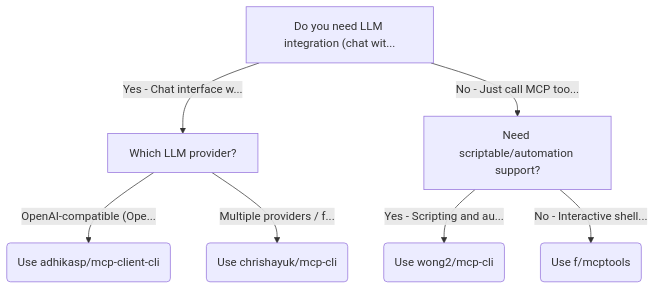
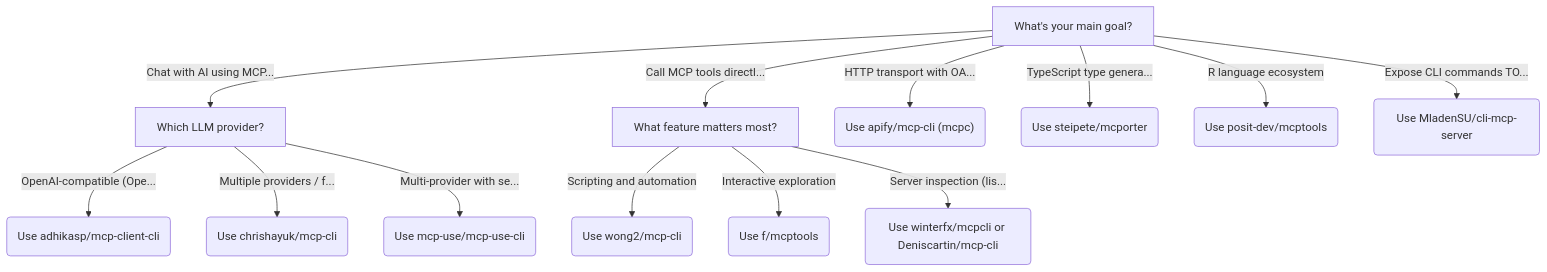
Before and after one commit to kb4ai/mcp-client-tools-comparison-pub-kb: the second of 10 diagrams in comparisons/decision-tree.md, drawn with Mermaid. The commit also changed other lines of this file and 4 other files, not shown here.

````diff
--- a/comparisons/decision-tree.md
+++ b/comparisons/decision-tree.md
@@ -49,18 +57,30 @@
 ```mermaid
 %% Subtree: CLI - Interactive command-line usage
 
 flowchart TD
-    mcp_tool_chooser_0["Do you need LLM integration (chat wit..."]
-    mcp_tool_chooser_0 -->|"Yes - Chat interface w..."| mcp_tool_chooser_0_0
+    mcp_tool_chooser_0["What's your main goal?"]
+    mcp_tool_chooser_0 -->|"Chat with AI using MCP..."| mcp_tool_chooser_0_0
     mcp_tool_chooser_0_0["Which LLM provider?"]
     mcp_tool_chooser_0_0 -->|"OpenAI-compatible (Ope..."| mcp_tool_chooser_0_0_0
     mcp_tool_chooser_0_0_0("Use adhikasp/mcp-client-cli")
     mcp_tool_chooser_0_0 -->|"Multiple providers / f..."| mcp_tool_chooser_0_0_1
     mcp_tool_chooser_0_0_1("Use chrishayuk/mcp-cli")
-    mcp_tool_chooser_0 -->|"No - Just call MCP too..."| mcp_tool_chooser_0_1
-    mcp_tool_chooser_0_1["Need scriptable/automation support?"]
-    mcp_tool_chooser_0_1 -->|"Yes - Scripting and au..."| mcp_tool_chooser_0_1_0
+    mcp_tool_chooser_0_0 -->|"Multi-provider with se..."| mcp_tool_chooser_0_0_2
+    mcp_tool_chooser_0_0_2("Use mcp-use/mcp-use-cli")
+    mcp_tool_chooser_0 -->|"Call MCP tools directl..."| mcp_tool_chooser_0_1
+    mcp_tool_chooser_0_1["What feature matters most?"]
+    mcp_tool_chooser_0_1 -->|"Scripting and automation"| mcp_tool_chooser_0_1_0
     mcp_tool_chooser_0_1_0("Use wong2/mcp-cli")
-    mcp_tool_chooser_0_1 -->|"No - Interactive shell..."| mcp_tool_chooser_0_1_1
+    mcp_tool_chooser_0_1 -->|"Interactive exploration"| mcp_tool_chooser_0_1_1
     mcp_tool_chooser_0_1_1("Use f/mcptools")
+    mcp_tool_chooser_0_1 -->|"Server inspection (lis..."| mcp_tool_chooser_0_1_2
+    mcp_tool_chooser_0_1_2("Use winterfx/mcpcli or Deniscartin/mcp-cli")
+    mcp_tool_chooser_0 -->|"HTTP transport with OA..."| mcp_tool_chooser_0_2
+    mcp_tool_chooser_0_2("Use apify/mcp-cli (mcpc)")
+    mcp_tool_chooser_0 -->|"TypeScript type genera..."| mcp_tool_chooser_0_3
+    mcp_tool_chooser_0_3("Use steipete/mcporter")
+    mcp_tool_chooser_0 -->|"R language ecosystem"| mcp_tool_chooser_0_4
+    mcp_tool_chooser_0_4("Use posit-dev/mcptools")
+    mcp_tool_chooser_0 -->|"Expose CLI commands TO..."| mcp_tool_chooser_0_5
+    mcp_tool_chooser_0_5("Use MladenSU/cli-mcp-server")
 ```
````
